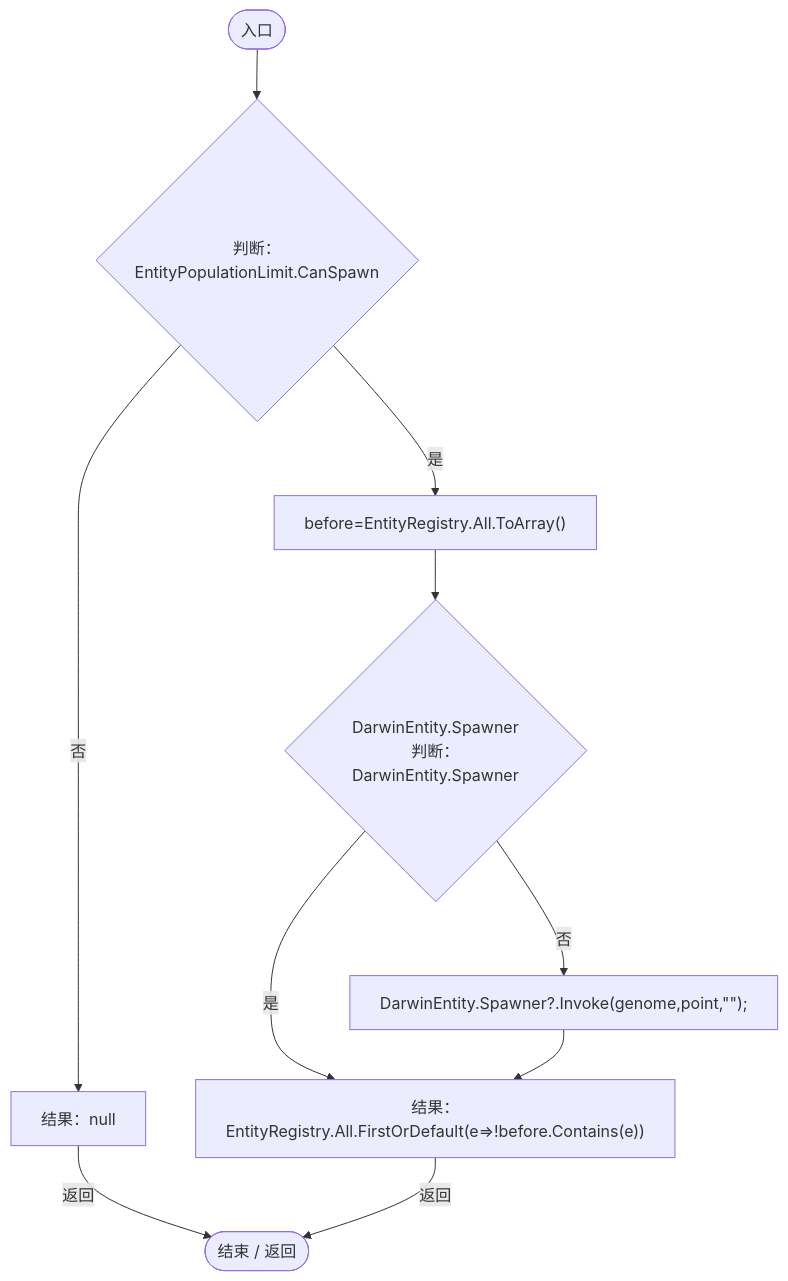
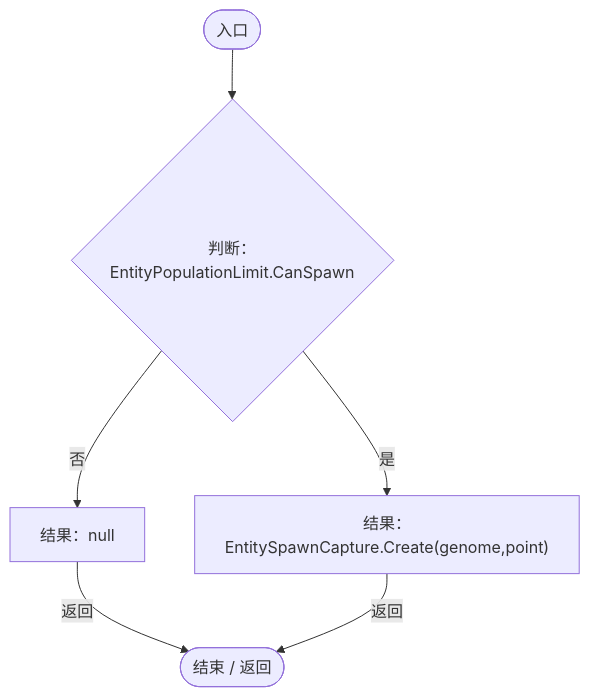
Before and after one commit to xhs6666/Darwin_paradise: the third of 10 diagrams in Docs/运行流程图/脚本/c22084eac4e522ed.md, drawn with Mermaid. The commit also changed other lines of this file and 297 other files, not shown here.

````diff
--- a/Docs/运行流程图/脚本/c22084eac4e522ed.md
+++ b/Docs/运行流程图/脚本/c22084eac4e522ed.md
@@ -81,21 +81,14 @@
 ```mermaid
 flowchart TD
   b0(["入口"])
   b1{"判断：EntityPopulationLimit.CanSpawn"}
   b2["结果：null"]
-  b3["before=EntityRegistry.All.ToArray()"]
-  b4{"DarwinEntity.Spawner<br/>判断：DarwinEntity.Spawner"}
-  b5["DarwinEntity.Spawner?.Invoke(genome,point,&quot;&quot;);"]
-  b6["结果：EntityRegistry.All.FirstOrDefault(e=&gt;!before.Contains(e))"]
-  b7(["结束 / 返回"])
+  b3["结果：EntitySpawnCapture.Create(genome,point)"]
+  b4(["结束 / 返回"])
   b0 --> b1
   b1 -->|"否"| b2
   b1 -->|"是"| b3
-  b2 -->|"返回"| b7
-  b3 --> b4
-  b4 -->|"否"| b5
-  b4 -->|"是"| b6
-  b5 --> b6
-  b6 -->|"返回"| b7
+  b2 -->|"返回"| b4
+  b3 -->|"返回"| b4
 
 ```
````
